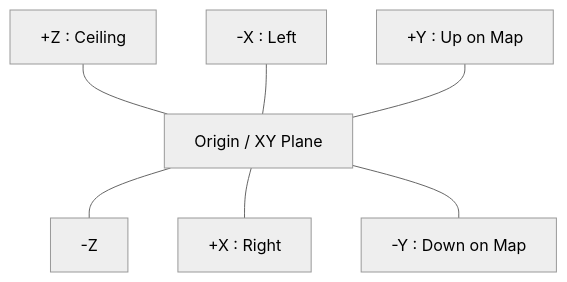
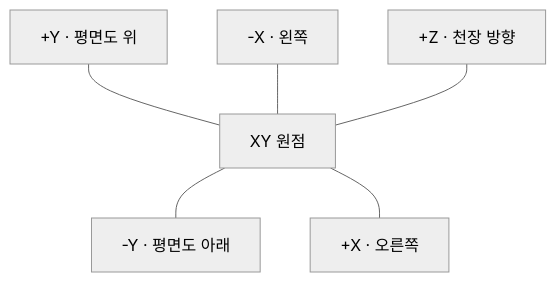
Before and after one commit to JIWOO1127/machine-vision1: the second of 13 diagrams in ArUco/README.md, drawn with Mermaid (neutral theme). The commit also changed other lines of this file and 10 other files, not shown here.

````diff
--- a/ArUco/README.md
+++ b/ArUco/README.md
@@ -235,15 +122,13 @@
 ```mermaid
 flowchart TB
-    Z["+Z : Ceiling"]
-    O["Origin / XY Plane"]
-    NZ["-Z"]
-    X["+X : Right"]
-    NX["-X : Left"]
-    Y["+Y : Up on Map"]
-    NY["-Y : Down on Map"]
+    PY["+Y · 평면도 위"]
+    O["XY 원점"]
+    NY["-Y · 평면도 아래"]
+    PX["+X · 오른쪽"]
+    NX["-X · 왼쪽"]
+    PZ["+Z · 천장 방향"]
 
-    Z --- O
-    O --- NZ
-    NX --- O --- X
-    Y --- O --- NY
+    PY --- O --- NY
+    NX --- O --- PX
+    PZ --- O
 ```
````
